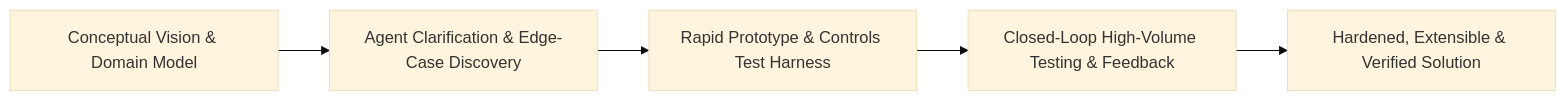
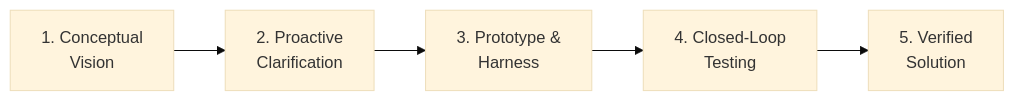
The first of 4 diagrams in docs/standards/engineering-style-guide.md (spelech/AgenticEngineeringToolbelt), drawn with Mermaid (base theme) before and after one commit. The commit also changed other lines of this file and 30 other files, not shown here.

Commit message:
fix(docs): resolve Mermaid foreignObject text clipping, optimize diagram aspect ratios, and add pan-zoom controller

````diff
--- a/docs/standards/engineering-style-guide.md
+++ b/docs/standards/engineering-style-guide.md
@@ -14,7 +14,7 @@
 ```mermaid
 flowchart LR
-    A["Conceptual Vision & Domain Model"] --> B["Agent Clarification & Edge-Case Discovery"]
-    B --> C["Rapid Prototype & Controls Test Harness"]
-    C --> D["Closed-Loop High-Volume Testing & Feedback"]
-    D --> E["Hardened, Extensible & Verified Solution"]
+    A["1. Conceptual<br>Vision"] --> B["2. Proactive<br>Clarification"]
+    B --> C["3. Prototype &<br>Harness"]
+    C --> D["4. Closed-Loop<br>Testing"]
+    D --> E["5. Verified<br>Solution"]
 ```
````
